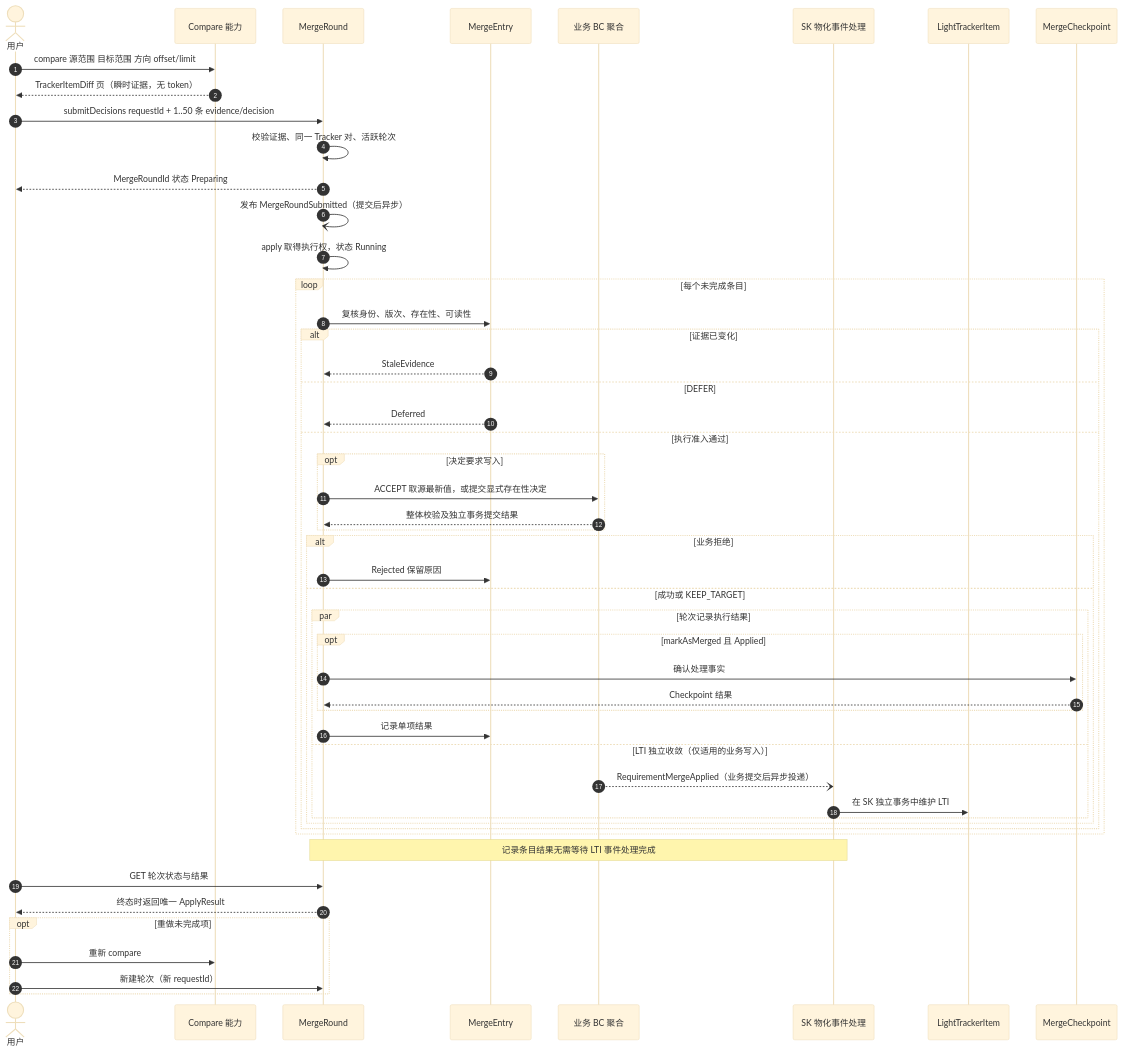
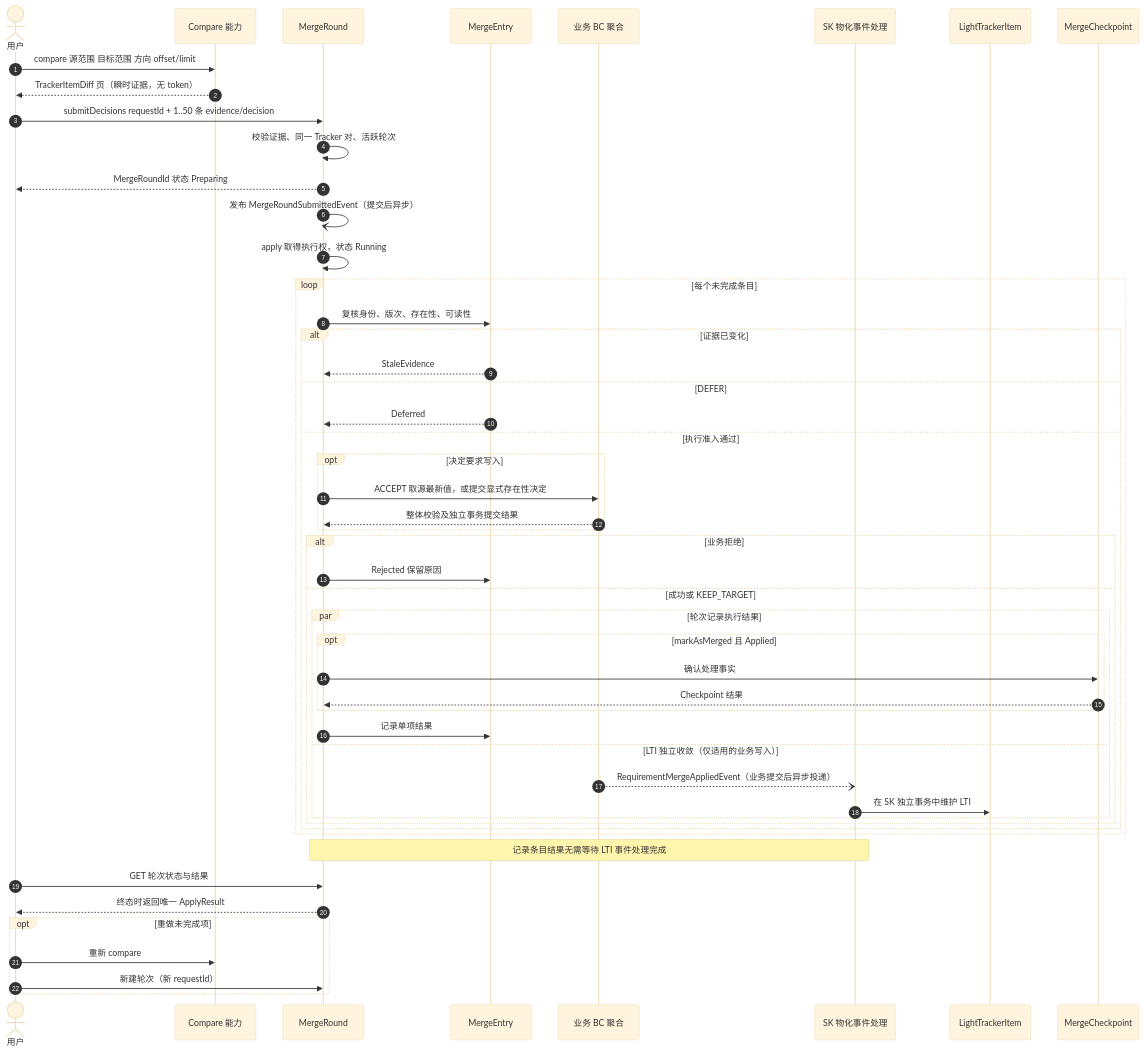
One commit to Greytrack/ddd-workingset changed the first of 3 diagrams in docs/working-set/diagrams/merge-entry-lifecycle.md. Above: the diagram before and after it, drawn with Mermaid (base theme). The commit also changed 83 other files, not shown here.

````diff
--- a/docs/working-set/diagrams/merge-entry-lifecycle.md
+++ b/docs/working-set/diagrams/merge-entry-lifecycle.md
@@ -19,57 +19,57 @@
 ```mermaid
 sequenceDiagram
     autonumber
     actor U as 用户
     participant D as Compare 能力
     participant R as MergeRound
     participant E as MergeEntry
     participant BC as 业务 BC 聚合
     participant H as SK 物化事件处理
     participant L as LightTrackerItem
     participant C as MergeCheckpoint
 
     U->>D: compare 源范围 目标范围 方向 offset/limit
     D-->>U: TrackerItemDiff 页（瞬时证据，无 token）
 
     U->>R: submitDecisions requestId + 1..50 条 evidence/decision
     R->>R: 校验证据、同一 Tracker 对、活跃轮次
     R-->>U: MergeRoundId 状态 Preparing
-    R-)R: 发布 MergeRoundSubmitted（提交后异步）
+    R-)R: 发布 MergeRoundSubmittedEvent（提交后异步）
 
     R->>R: apply 取得执行权，状态 Running
     loop 每个未完成条目
         R->>E: 复核身份、版次、存在性、可读性
         alt 证据已变化
             E-->>R: StaleEvidence
         else DEFER
             E-->>R: Deferred
         else 执行准入通过
             opt 决定要求写入
                 R->>BC: ACCEPT 取源最新值，或提交显式存在性决定
                 BC-->>R: 整体校验及独立事务提交结果
             end
             alt 业务拒绝
                 R->>E: Rejected 保留原因
             else 成功或 KEEP_TARGET
                 par 轮次记录执行结果
                     opt markAsMerged 且 Applied
                         R->>C: 确认处理事实
                         C-->>R: Checkpoint 结果
                     end
                     R->>E: 记录单项结果
                 and LTI 独立收敛（仅适用的业务写入）
-                    BC--)H: RequirementMergeApplied（业务提交后异步投递）
+                    BC--)H: RequirementMergeAppliedEvent（业务提交后异步投递）
                     H->>L: 在 SK 独立事务中维护 LTI
                 end
             end
         end
     end
     Note over R,H: 记录条目结果无需等待 LTI 事件处理完成
     U->>R: GET 轮次状态与结果
     R-->>U: 终态时返回唯一 ApplyResult
 
     opt 重做未完成项
         U->>D: 重新 compare
         U->>R: 新建轮次（新 requestId）
     end
 ```
````
